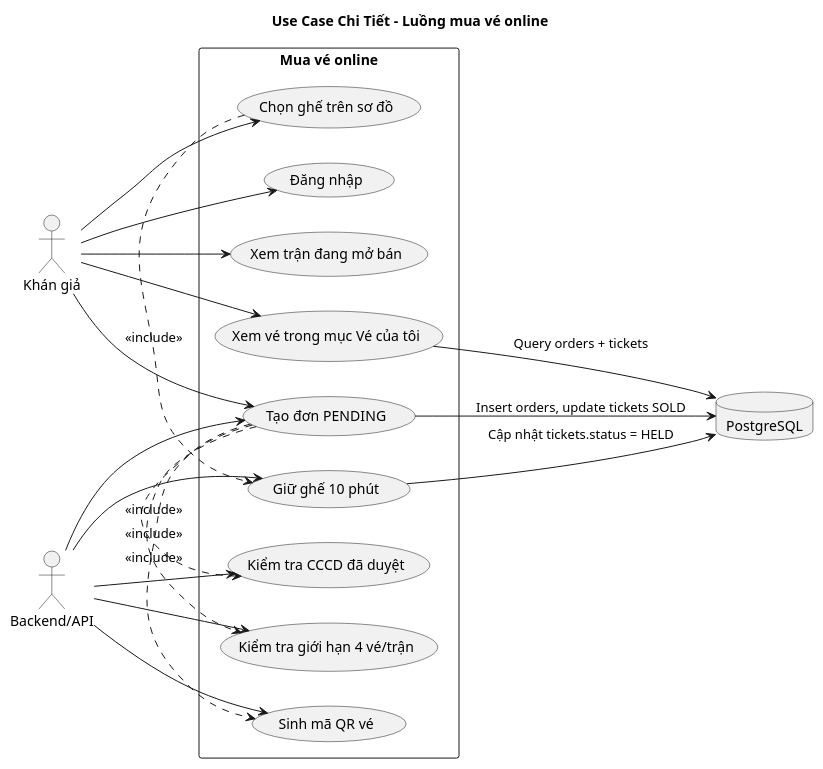
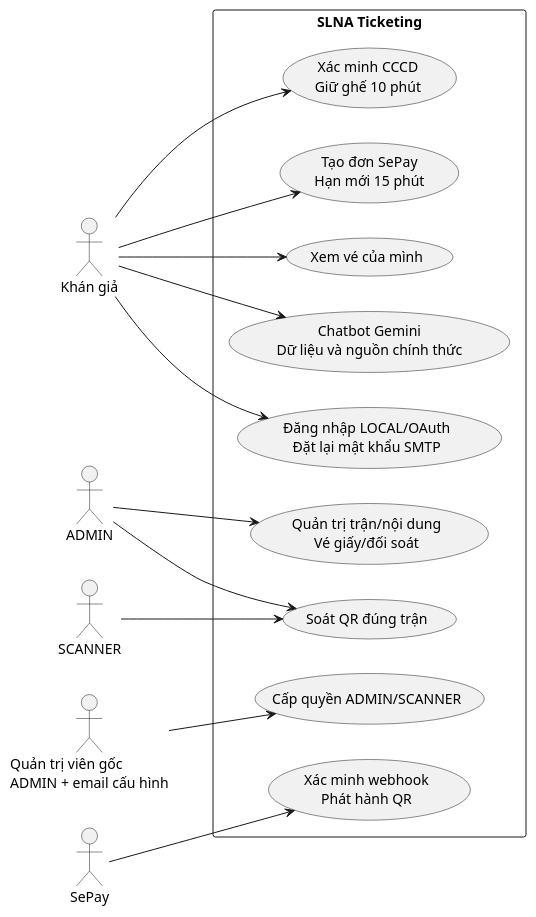
Before and after one commit to lamk54a1/DoAnTotNghiep: the first of 3 diagrams in docs/report/usecase_diagrams.puml, drawn with PlantUML. The commit also changed other lines of this file and 34 other files, not shown here.

```diff
--- a/docs/report/usecase_diagrams.puml
+++ b/docs/report/usecase_diagrams.puml
@@ -90,40 +1,29 @@
-@startuml
-title Use Case Chi Tiết - Luồng mua vé online
-
+@startuml usecase_current
 left to right direction
-actor "Khán giả" as User
-actor "Backend/API" as Backend
-database "PostgreSQL" as DB
-
-rectangle "Mua vé online" {
-  usecase "Đăng nhập" as Login
-  usecase "Xem trận đang mở bán" as ViewMatch
-  usecase "Chọn ghế trên sơ đồ" as SelectSeat
-  usecase "Giữ ghế 10 phút" as HoldSeat
-  usecase "Kiểm tra CCCD đã duyệt" as CheckCccd
-  usecase "Kiểm tra giới hạn 4 vé/trận" as CheckLimit
-  usecase "Tạo đơn PENDING" as CreateOrder
-  usecase "Sinh mã QR vé" as GenerateQr
-  usecase "Xem vé trong mục Vé của tôi" as MyTickets
+actor "Khán giả" as U
+actor ADMIN as A
+actor SCANNER as S
+actor "Quản trị viên gốc\nADMIN + email cấu hình" as R
+actor SePay as P
+rectangle "SLNA Ticketing" {
+ usecase "Đăng nhập LOCAL/OAuth\nĐặt lại mật khẩu SMTP" as Auth
+ usecase "Xác minh CCCD\nGiữ ghế 10 phút" as Hold
+ usecase "Tạo đơn SePay\nHạn mới 15 phút" as Order
+ usecase "Xác minh webhook\nPhát hành QR" as Pay
+ usecase "Xem vé của mình" as View
+ usecase "Soát QR đúng trận" as Scan
+ usecase "Quản trị trận/nội dung\nVé giấy/đối soát" as Admin
+ usecase "Cấp quyền ADMIN/SCANNER" as Role
+ usecase "Chatbot Gemini\nDữ liệu và nguồn chính thức" as Chat
 }
-
-User --> Login
-User --> ViewMatch
-User --> SelectSeat
-SelectSeat .> HoldSeat : <<include>>
-CreateOrder .> CheckCccd : <<include>>
-CreateOrder .> CheckLimit : <<include>>
-CreateOrder .> GenerateQr : <<include>>
-User --> CreateOrder
-User --> MyTickets
-
-Backend --> HoldSeat
-Backend --> CheckCccd
-Backend --> CheckLimit
-Backend --> CreateOrder
-Backend --> GenerateQr
-
-HoldSeat --> DB : Cập nhật tickets.status = HELD
-CreateOrder --> DB : Insert orders, update tickets SOLD
-MyTickets --> DB : Query orders + tickets
+U --> Auth
+U --> Hold
+U --> Order
+U --> View
+U --> Chat
+P --> Pay
+A --> Admin
+A --> Scan
+S --> Scan
+R --> Role
 @enduml
```
